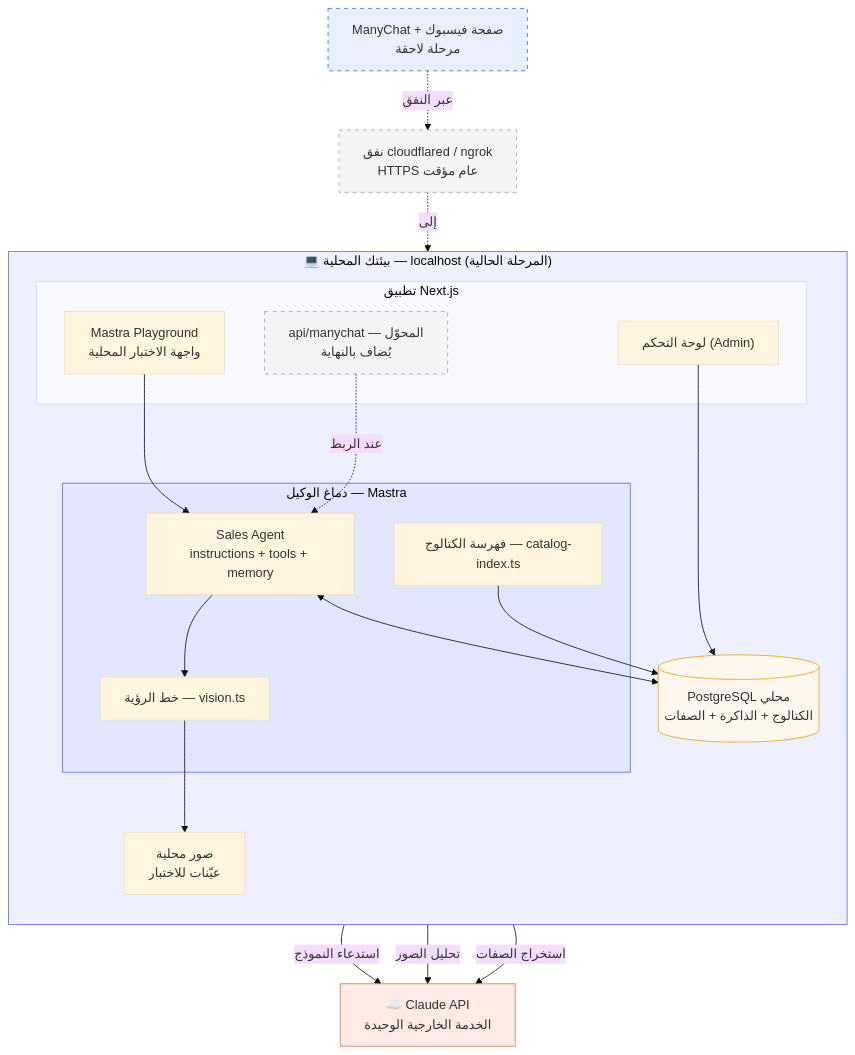
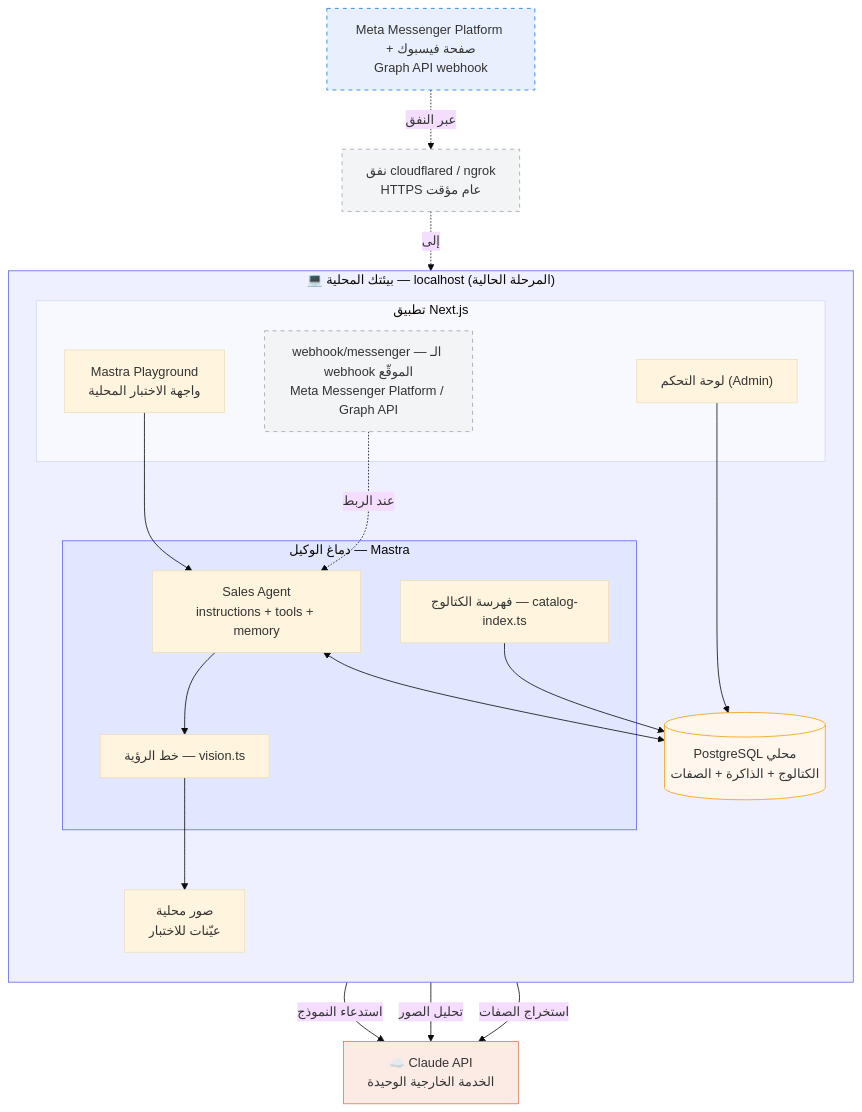
The diagram in docs/diagrams/01-local-architecture.mermaid (Nedaldaher1/backend_ai_agent_facebook), drawn with Mermaid before and after one commit. The commit also changed 20 other files, not shown here.

First line of the commit message:
docs(messenger): add Meta setup runbook, scrub ManyChat repo-wide (WS6)

```diff
--- a/docs/diagrams/01-local-architecture.mermaid
+++ b/docs/diagrams/01-local-architecture.mermaid
@@ -1,43 +1,43 @@
 %%{init: {'theme':'base', 'themeVariables': {'fontFamily':'Tahoma, Arial, sans-serif'}}}%%
 flowchart TB
     subgraph LOCAL["💻 بيئتك المحلية — localhost (المرحلة الحالية)"]
         direction TB
         subgraph APP["تطبيق Next.js"]
             PLAY["Mastra Playground<br/>واجهة الاختبار المحلية"]
             UI["لوحة التحكم (Admin)"]
-            API["api/manychat — المحوّل<br/>يُضاف بالنهاية"]
+            API["webhook/messenger — الـ webhook الموقّع<br/>Meta Messenger Platform / Graph API"]
         end
         subgraph BRAIN["دماغ الوكيل — Mastra"]
             AGENT["Sales Agent<br/>instructions + tools + memory"]
             VISION["خط الرؤية — vision.ts"]
             INDEX["فهرسة الكتالوج — catalog-index.ts"]
         end
         DB[("PostgreSQL محلي<br/>الكتالوج + الذاكرة + الصفات")]
         IMG["صور محلية<br/>عيّنات للاختبار"]
     end
 
     CLAUDE["☁️ Claude API<br/>الخدمة الخارجية الوحيدة"]
     TUNNEL["نفق cloudflared / ngrok<br/>HTTPS عام مؤقت"]
-    MC["ManyChat + صفحة فيسبوك<br/>مرحلة لاحقة"]
+    MC["Meta Messenger Platform + صفحة فيسبوك<br/>Graph API webhook"]
 
     PLAY --> AGENT
     UI --> DB
     AGENT --> VISION
     AGENT <--> DB
     VISION --> IMG
     INDEX --> DB
     AGENT -->|استدعاء النموذج| CLAUDE
     VISION -->|تحليل الصور| CLAUDE
     INDEX -->|استخراج الصفات| CLAUDE
 
     API -. عند الربط .-> AGENT
     MC -. عبر النفق .-> TUNNEL
     TUNNEL -. إلى .-> API
 
     style LOCAL fill:#EEF0FF,stroke:#6366F1
     style BRAIN fill:#E0E7FF,stroke:#6366F1
     style CLAUDE fill:#FBEBE4,stroke:#D97757
     style DB fill:#FFF7ED,stroke:#F59E0B
     style MC fill:#E8F0FE,stroke:#1877F2,stroke-dasharray: 5 5
     style TUNNEL fill:#F3F4F6,stroke:#9CA3AF,stroke-dasharray: 5 5
     style API fill:#F3F4F6,stroke:#9CA3AF,stroke-dasharray: 5 5
```
